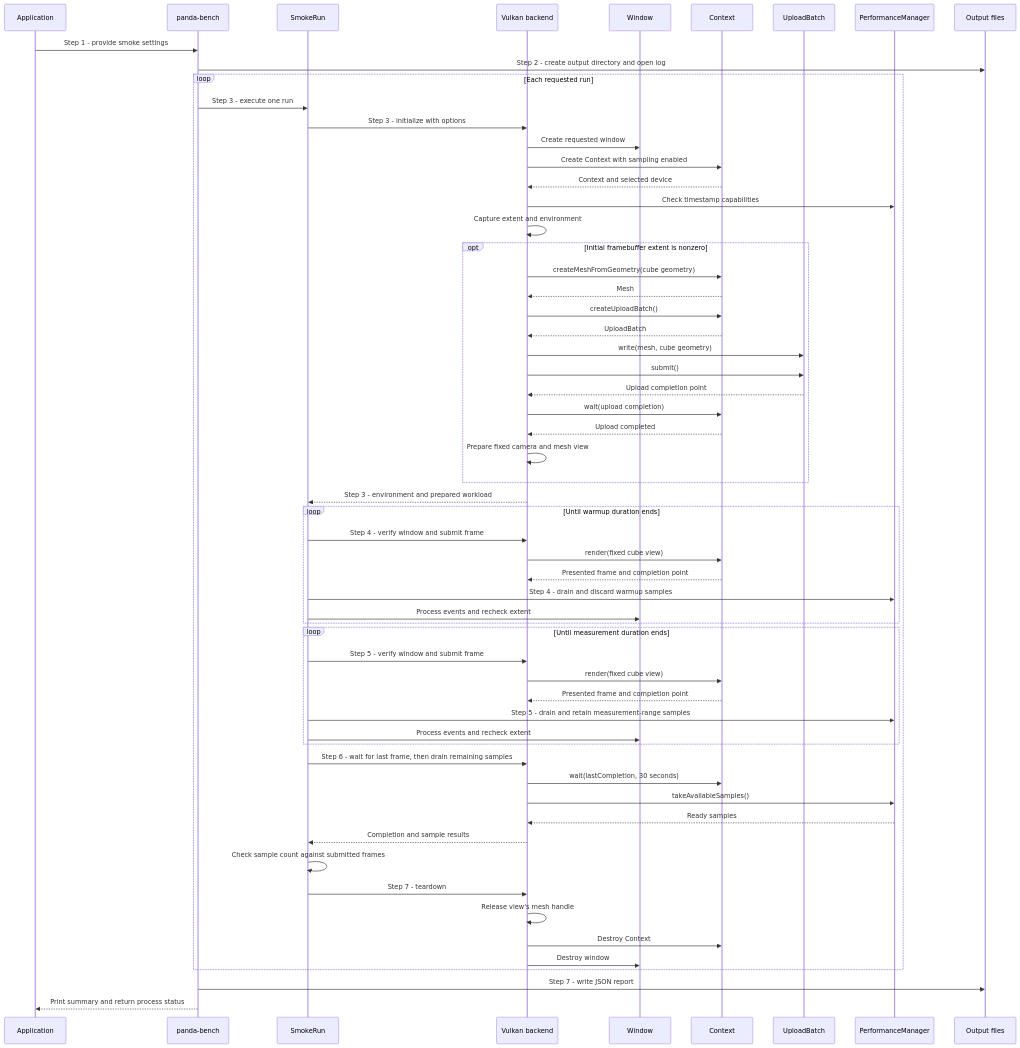
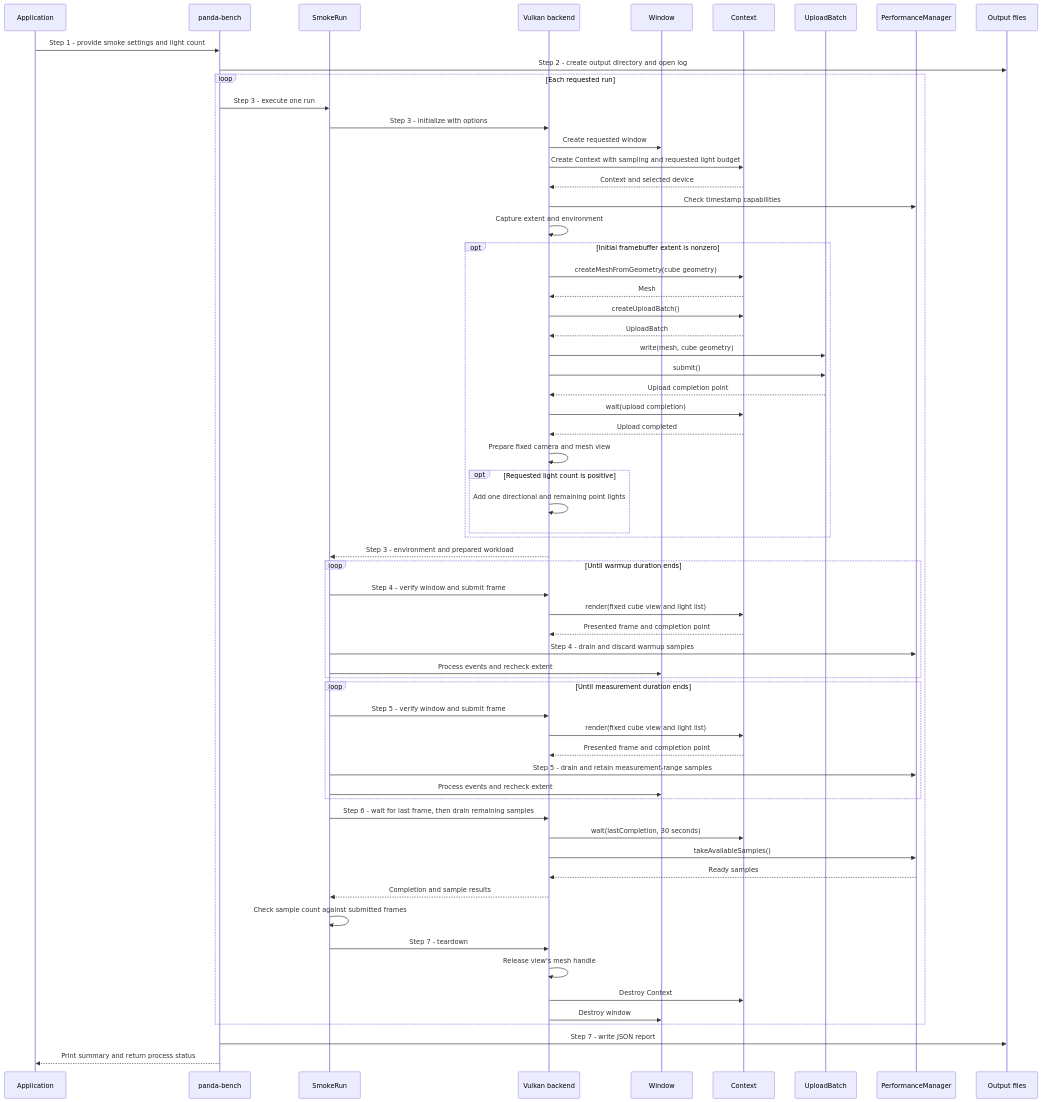
One commit to a-soltysik/Panda changed the first of 2 diagrams in docs/use-cases/benchmark-smoke-run.md. Above: the diagram before and after it, drawn with Mermaid. The commit also changed other lines of this file and 47 other files, not shown here.

First line of the commit message:
Add support for point and spot lights (#117)

````diff
--- a/docs/use-cases/benchmark-smoke-run.md
+++ b/docs/use-cases/benchmark-smoke-run.md
@@ -57,62 +61,65 @@
 ```mermaid
 sequenceDiagram
     participant A as Application
     participant M as panda-bench
     participant S as SmokeRun
     participant B as Vulkan backend
     participant W as Window
     participant C as Context
     participant U as UploadBatch
     participant P as PerformanceManager
     participant F as Output files
-    A ->> M: Step 1 - provide smoke settings
+    A ->> M: Step 1 - provide smoke settings and light count
     M ->> F: Step 2 - create output directory and open log
     loop Each requested run
         M ->> S: Step 3 - execute one run
         S ->> B: Step 3 - initialize with options
         B ->> W: Create requested window
-        B ->> C: Create Context with sampling enabled
+        B ->> C: Create Context with sampling and requested light budget
         C -->> B: Context and selected device
         B ->> P: Check timestamp capabilities
         B ->> B: Capture extent and environment
         opt Initial framebuffer extent is nonzero
             B ->> C: createMeshFromGeometry(cube geometry)
             C -->> B: Mesh
             B ->> C: createUploadBatch()
             C -->> B: UploadBatch
             B ->> U: write(mesh, cube geometry)
             B ->> U: submit()
             U -->> B: Upload completion point
             B ->> C: wait(upload completion)
             C -->> B: Upload completed
             B ->> B: Prepare fixed camera and mesh view
+            opt Requested light count is positive
+                B ->> B: Add one directional and remaining point lights
+            end
         end
         B -->> S: Step 3 - environment and prepared workload
         loop Until warmup duration ends
             S ->> B: Step 4 - verify window and submit frame
-            B ->> C: render(fixed cube view)
+            B ->> C: render(fixed cube view and light list)
             C -->> B: Presented frame and completion point
             S ->> P: Step 4 - drain and discard warmup samples
             S ->> W: Process events and recheck extent
         end
         loop Until measurement duration ends
             S ->> B: Step 5 - verify window and submit frame
-            B ->> C: render(fixed cube view)
+            B ->> C: render(fixed cube view and light list)
             C -->> B: Presented frame and completion point
             S ->> P: Step 5 - drain and retain measurement-range samples
             S ->> W: Process events and recheck extent
         end
         S ->> B: Step 6 - wait for last frame, then drain remaining samples
         B ->> C: wait(lastCompletion, 30 seconds)
         B ->> P: takeAvailableSamples()
         P -->> B: Ready samples
         B -->> S: Completion and sample results
         S ->> S: Check sample count against submitted frames
         S ->> B: Step 7 - teardown
         B ->> B: Release view's mesh handle
         B ->> C: Destroy Context
         B ->> W: Destroy window
     end
     M ->> F: Step 7 - write JSON report
     M -->> A: Print summary and return process status
 ```
````
